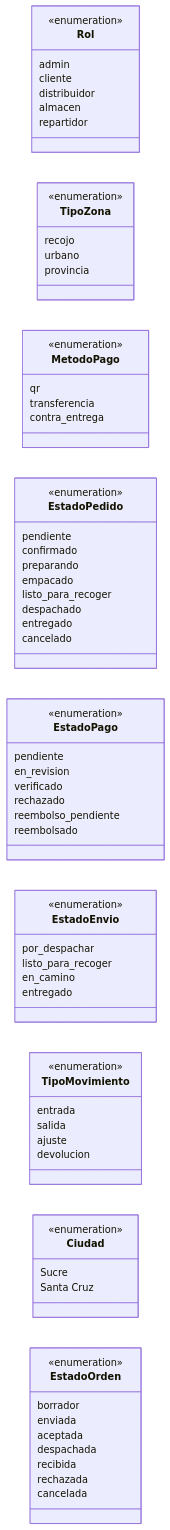
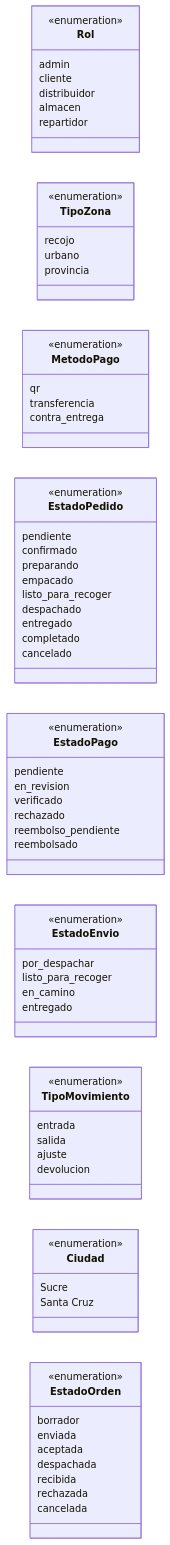
One commit to Almartinezlima/AML-AgroTech changed the third of 3 diagrams in docs/uml/clases.md. Above: the diagram before and after it, drawn with Mermaid. The commit also changed other lines of this file and 9 other files, not shown here.

Commit message:
docs(entrega): specs, casos de uso, UML (clases, estados, secuencia de entrega), OpenAPI y arquitectura de la fase 9D

````diff
--- a/docs/uml/clases.md
+++ b/docs/uml/clases.md
@@ -269,73 +307,74 @@
 ```mermaid
 classDiagram
   direction LR
   class Rol {
     <<enumeration>>
     admin
     cliente
     distribuidor
     almacen
     repartidor
   }
   class TipoZona {
     <<enumeration>>
     recojo
     urbano
     provincia
   }
   class MetodoPago {
     <<enumeration>>
     qr
     transferencia
     contra_entrega
   }
   class EstadoPedido {
     <<enumeration>>
     pendiente
     confirmado
     preparando
     empacado
     listo_para_recoger
     despachado
     entregado
+    completado
     cancelado
   }
   class EstadoPago {
     <<enumeration>>
     pendiente
     en_revision
     verificado
     rechazado
     reembolso_pendiente
     reembolsado
   }
   class EstadoEnvio {
     <<enumeration>>
     por_despachar
     listo_para_recoger
     en_camino
     entregado
   }
   class TipoMovimiento {
     <<enumeration>>
     entrada
     salida
     ajuste
     devolucion
   }
   class Ciudad {
     <<enumeration>>
     Sucre
     Santa Cruz
   }
   class EstadoOrden {
     <<enumeration>>
     borrador
     enviada
     aceptada
     despachada
     recibida
     rechazada
     cancelada
   }
 ```
````
